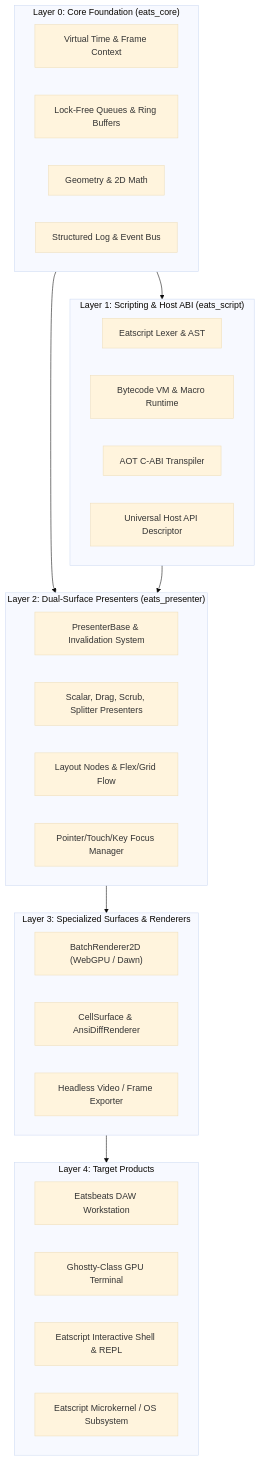
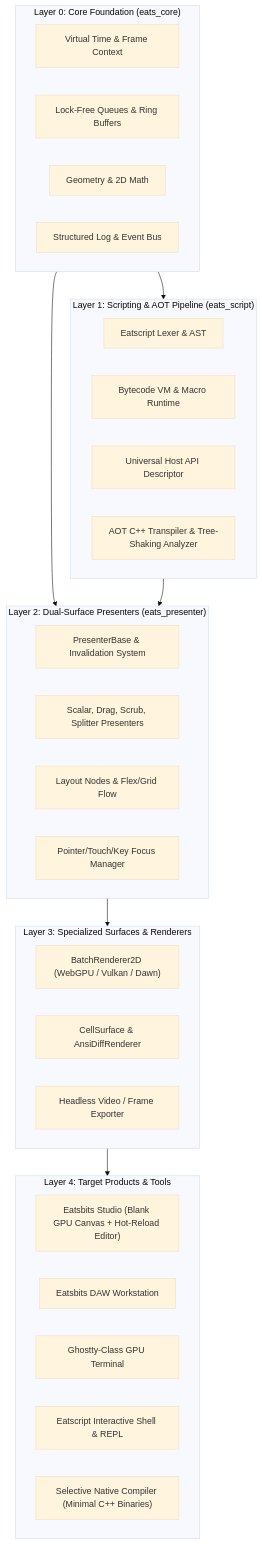
The diagram in engine-blueprint.md (maddestlabs/eatsbits), drawn with Mermaid (base theme) before and after one commit. The commit also changed other lines of this file and 35 other files, not shown here.

````diff
--- a/engine-blueprint.md
+++ b/engine-blueprint.md
@@ -26,42 +36,43 @@
 ```mermaid
 graph TD
     subgraph Layer0 ["Layer 0: Core Foundation (eats_core)"]
         Time["Virtual Time & Frame Context"]
         Mem["Lock-Free Queues & Ring Buffers"]
         MathUtil["Geometry & 2D Math"]
         Logging["Structured Log & Event Bus"]
     end
 
-    subgraph Layer1 ["Layer 1: Scripting & Host ABI (eats_script)"]
+    subgraph Layer1 ["Layer 1: Scripting & AOT Pipeline (eats_script)"]
         LexerParser["Eatscript Lexer & AST"]
         VM["Bytecode VM & Macro Runtime"]
-        Transpiler["AOT C-ABI Transpiler"]
         HostABI["Universal Host API Descriptor"]
+        Transpiler["AOT C++ Transpiler & Tree-Shaking Analyzer"]
     end
 
     subgraph Layer2 ["Layer 2: Dual-Surface Presenters (eats_presenter)"]
         PresBase["PresenterBase & Invalidation System"]
         Interactions["Scalar, Drag, Scrub, Splitter Presenters"]
         LayoutTree["Layout Nodes & Flex/Grid Flow"]
         InputRouter["Pointer/Touch/Key Focus Manager"]
     end
 
     subgraph Layer3 ["Layer 3: Specialized Surfaces & Renderers"]
-        WebGPU["BatchRenderer2D (WebGPU / Dawn)"]
+        WebGPU["BatchRenderer2D (WebGPU / Vulkan / Dawn)"]
         TUI["CellSurface & AnsiDiffRenderer"]
         Offscreen["Headless Video / Frame Exporter"]
     end
 
-    subgraph Layer4 ["Layer 4: Target Products"]
-        DAW["Eatsbeats DAW Workstation"]
+    subgraph Layer4 ["Layer 4: Target Products & Tools"]
+        Studio["Eatsbits Studio (Blank GPU Canvas + Hot-Reload Editor)"]
+        DAW["Eatsbits DAW Workstation"]
         Term["Ghostty-Class GPU Terminal"]
         Shell["Eatscript Interactive Shell & REPL"]
-        OS["Eatscript Microkernel / OS Subsystem"]
+        Export["Selective Native Compiler (Minimal C++ Binaries)"]
     end
 
     Layer0 --> Layer1
     Layer0 --> Layer2
     Layer1 --> Layer2
     Layer2 --> Layer3
     Layer3 --> Layer4
 ```
````
